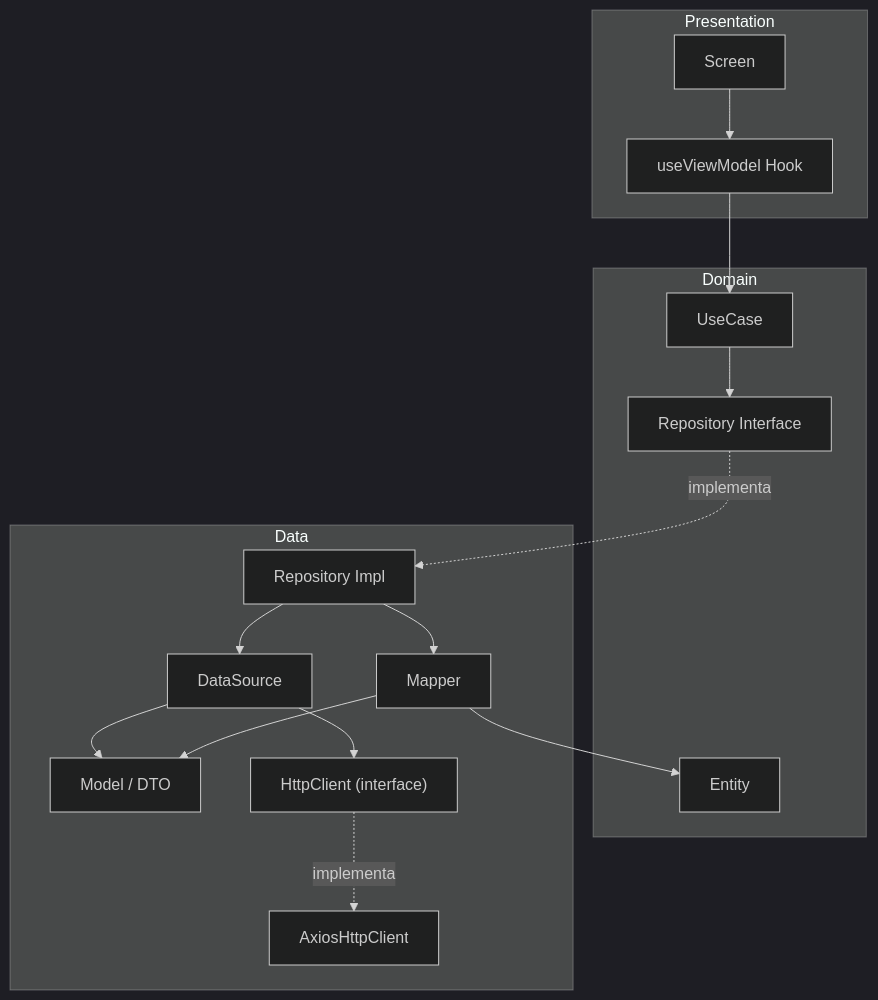
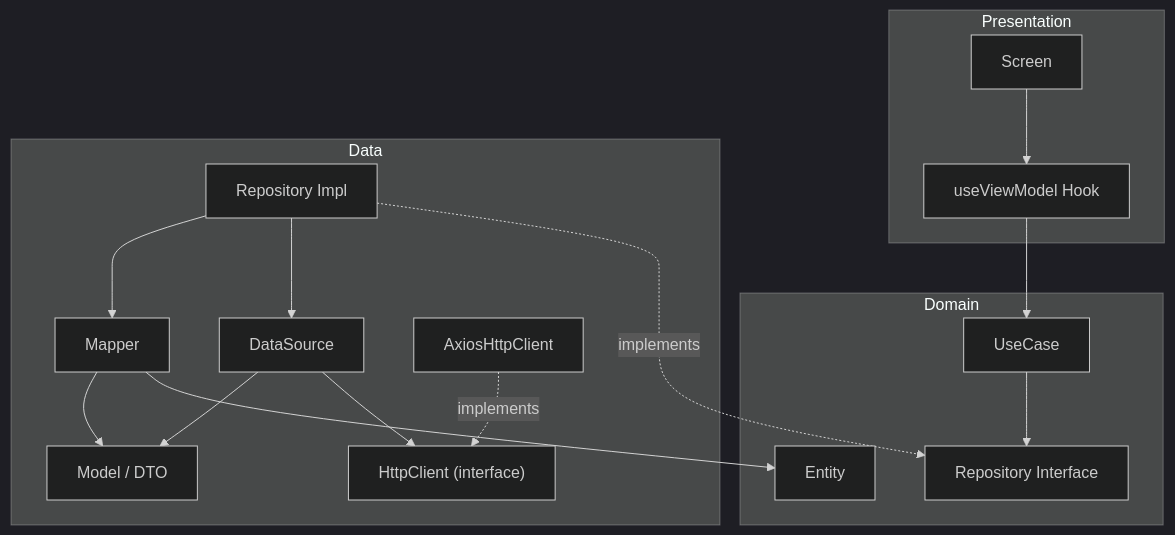
One commit to devopsbayteq/bbol-movil changed the first of 3 diagrams in docs/ARCHITECTURE.md. Above: the diagram before and after it, drawn with Mermaid (dark theme). The commit also changed other lines of this file and 2 other files, not shown here.

Commit message:
docs: update project architecture

````diff
--- a/docs/ARCHITECTURE.md
+++ b/docs/ARCHITECTURE.md
@@ -50,34 +65,34 @@
 ```mermaid
 flowchart TB
     subgraph presentationLayer [Presentation]
         Screen[Screen]
         ViewModel[useViewModel Hook]
     end
 
     subgraph domainLayer [Domain]
         UseCase[UseCase]
         RepoInterface[Repository Interface]
         Entity[Entity]
     end
 
     subgraph dataLayer [Data]
         RepoImpl[Repository Impl]
         Mapper[Mapper]
         DataSource[DataSource]
         DTO[Model / DTO]
         HttpClientInterface["HttpClient (interface)"]
         HttpClientImpl[AxiosHttpClient]
     end
 
     Screen --> ViewModel
     ViewModel --> UseCase
     UseCase --> RepoInterface
-    RepoInterface -.->|implementa| RepoImpl
+    RepoImpl -.->|implements| RepoInterface
     RepoImpl --> DataSource
     RepoImpl --> Mapper
     DataSource --> HttpClientInterface
-    HttpClientInterface -.->|implementa| HttpClientImpl
+    HttpClientImpl -.->|implements| HttpClientInterface
     DataSource --> DTO
     Mapper --> Entity
     Mapper --> DTO
 ```
````
